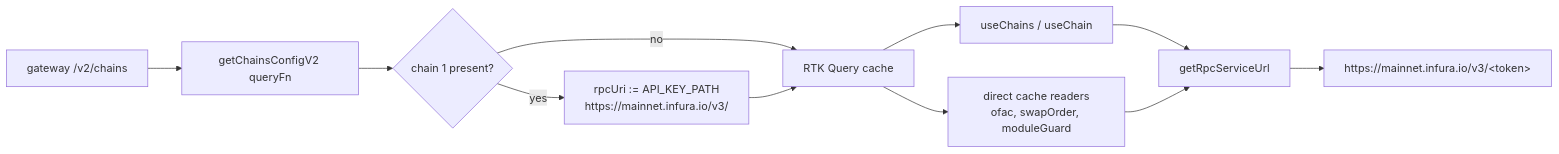
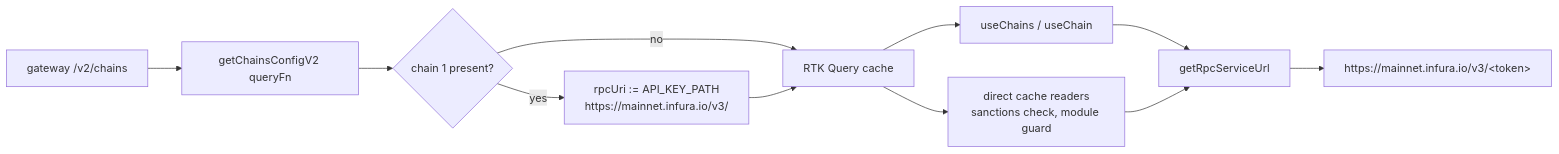
The diagram in plans/2026-11-18-mainnet-rpc.md (simplexchat/safe-wallet-monorepo), drawn with Mermaid before and after one commit. The commit also changed other lines of this file, not shown here.

````diff
--- a/plans/2026-11-18-mainnet-rpc.md
+++ b/plans/2026-11-18-mainnet-rpc.md
@@ -24,13 +37,13 @@
 ```mermaid
 flowchart LR
   CGW["gateway /v2/chains"] --> Q["getChainsConfigV2 queryFn"]
   Q --> W{"chain 1 present?"}
   W -- yes --> R["rpcUri := API_KEY_PATH<br/>https://mainnet.infura.io/v3/"]
   W -- no --> C
   R --> C["RTK Query cache"]
   C --> H["useChains / useChain"]
-  C --> D["direct cache readers<br/>ofac, swapOrder, moduleGuard"]
+  C --> D["direct cache readers<br/>sanctions check, module guard"]
   H --> U["getRpcServiceUrl"]
   D --> U
   U --> I["https://mainnet.infura.io/v3/&lt;token&gt;"]
 ```
````
